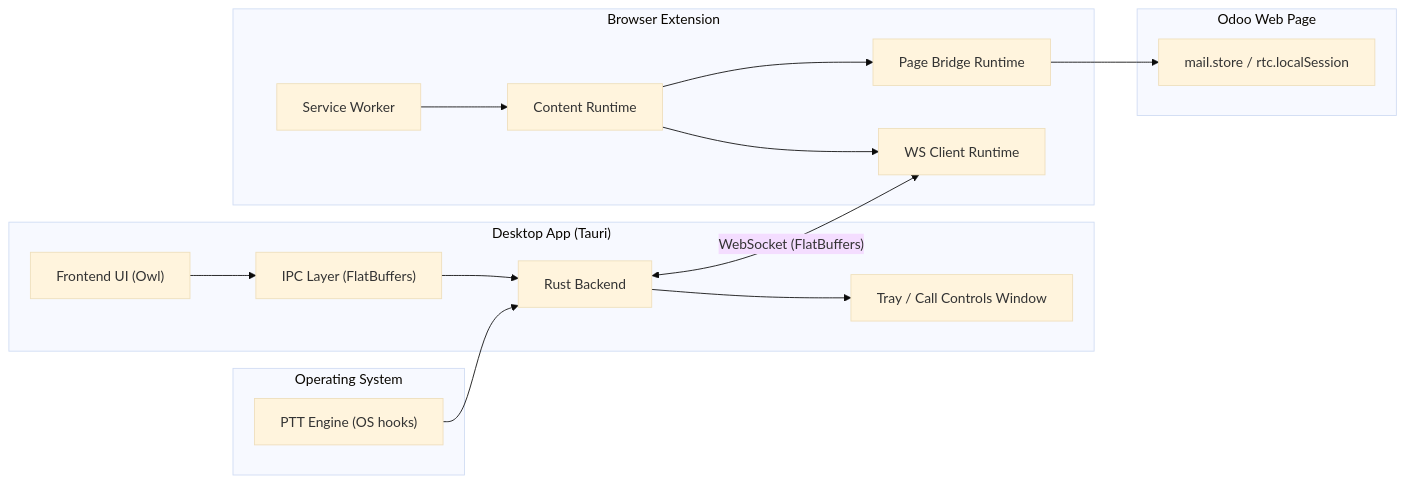
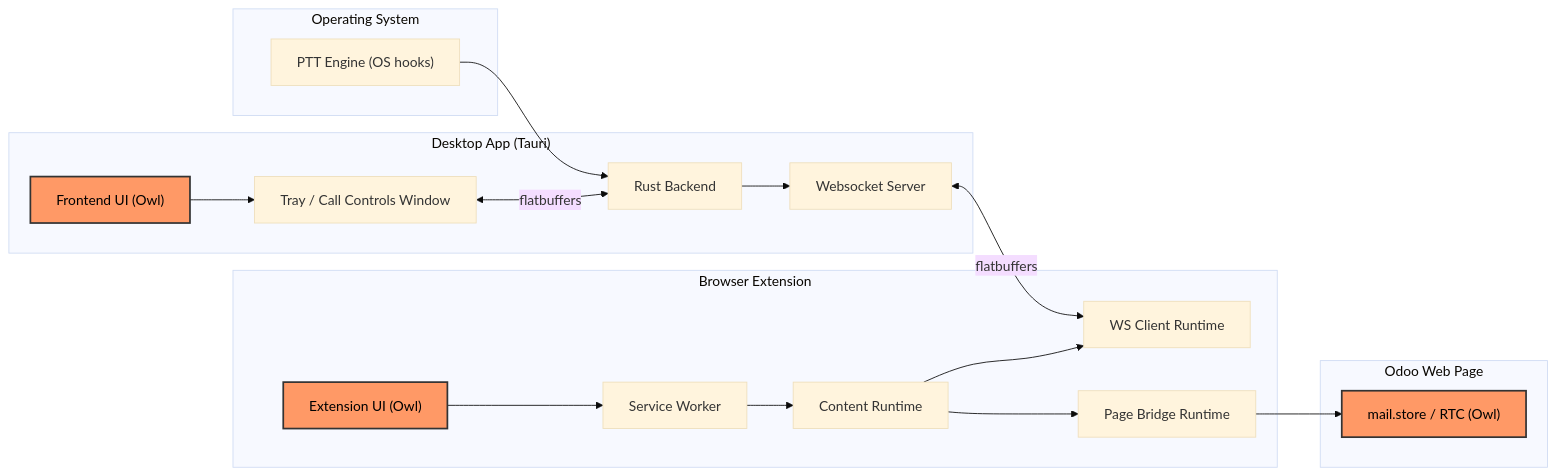
The diagram in ARCHITECTURE.md (ThanhDodeurOdoo/discuss-companion), drawn with Mermaid (base theme) before and after one commit.

Commit message:
[DOC] tweak arch graph

````diff
--- a/ARCHITECTURE.md
+++ b/ARCHITECTURE.md
@@ -8,31 +8,38 @@
 ```mermaid
 flowchart LR
-subgraph OS["Operating System"]
+    subgraph OS["Operating System"]
         PTT["PTT Engine (OS hooks)"]
     end
     subgraph APP["Desktop App (Tauri)"]
         UI["Frontend UI (Owl)"]
-        IPC["IPC Layer (FlatBuffers)"]
-        TRAY["Tray / Call Controls Window"]
+        SWS["Websocket Server"]
+        FE["Tray / Call Controls Window"]
         BE["Rust Backend"]
     end
     subgraph EXT["Browser Extension"]
+        EUI["Extension UI (Owl)"]
         SW["Service Worker"]
         CT["Content Runtime"]
         WS["WS Client Runtime"]
         PB["Page Bridge Runtime"]
     end
     subgraph ODOO["Odoo Web Page"]
-        RTC["mail.store / rtc.localSession"]
+        RTC["mail.store / RTC (Owl)"]
     end
 
-    UI --> IPC
-    IPC --> BE
-    BE --> TRAY
-    BE <-->|"WebSocket (FlatBuffers)"| WS
     PTT --> BE
+    UI --> FE
+    FE <-->|"flatbuffers"| BE
+    BE --> SWS
+    SWS <-->|"flatbuffers"| WS
+    EUI --> SW
     SW --> CT
     CT --> WS
     CT --> PB
     PB --> RTC
+
+   UI:::interface
+   EUI:::interface
+   RTC:::interface
+    classDef interface fill:#f96,stroke:#333,stroke-width:2px,color:#000
 ```
````
